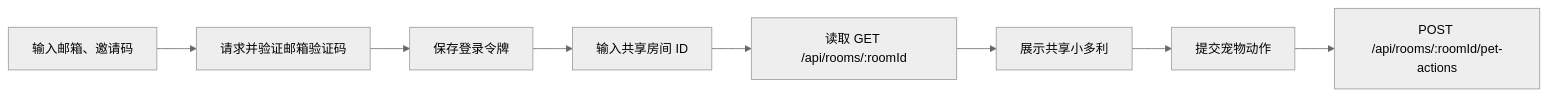
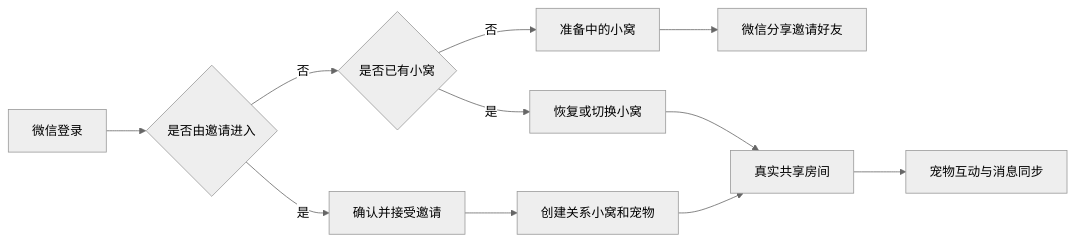
The diagram in docs/features/miniapp.md (SuperKingC/Pet10), drawn with Mermaid (neutral theme) before and after one commit. The commit also changed other lines of this file and 48 other files, not shown here.

````diff
--- a/docs/features/miniapp.md
+++ b/docs/features/miniapp.md
@@ -9,10 +9,13 @@
 ```mermaid
 flowchart LR
-  A["输入邮箱、邀请码"] --> B["请求并验证邮箱验证码"]
-  B --> C["保存登录令牌"]
-  C --> D["输入共享房间 ID"]
-  D --> E["读取 GET /api/rooms/:roomId"]
-  E --> F["展示共享小多利"]
-  F --> G["提交宠物动作"]
-  G --> H["POST /api/rooms/:roomId/pet-actions"]
+  A["微信登录"] --> B{"是否由邀请进入"}
+  B -->|"是"| C["确认并接受邀请"]
+  B -->|"否"| D{"是否已有小窝"}
+  C --> E["创建关系小窝和宠物"]
+  D -->|"否"| F["准备中的小窝"]
+  D -->|"是"| G["恢复或切换小窝"]
+  F --> H["微信分享邀请好友"]
+  E --> I["真实共享房间"]
+  G --> I
+  I --> J["宠物互动与消息同步"]
 ```
````
